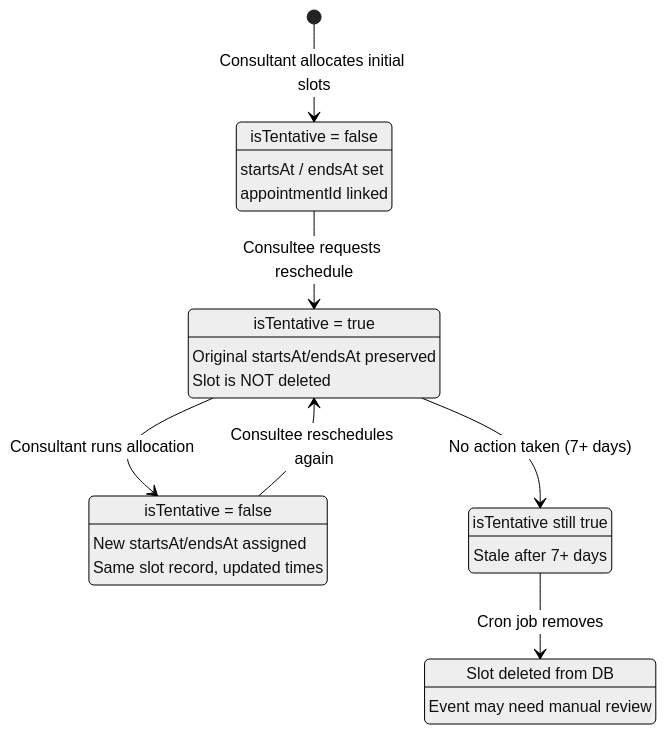
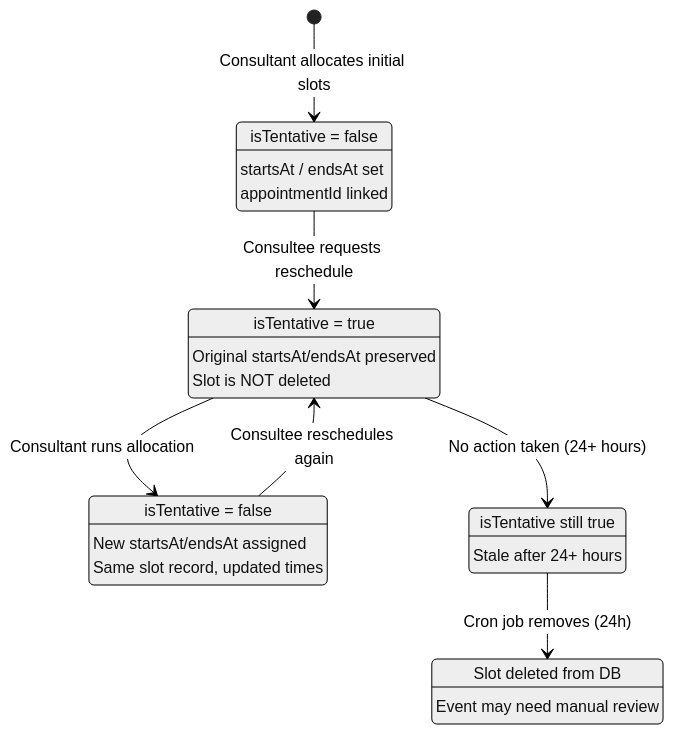
One commit to Practitionist/familiarise_web changed the ninth of 10 diagrams in docs/booking/07-rescheduling-flow.md. Above: the diagram before and after it, drawn with Mermaid (neutral theme). The commit also changed other lines of this file and 56 other files, not shown here.

````diff
--- a/docs/booking/07-rescheduling-flow.md
+++ b/docs/booking/07-rescheduling-flow.md
@@ -785,27 +785,27 @@
 ```mermaid
 stateDiagram-v2
     [*] --> Allocated: Consultant allocates initial slots
     Allocated: isTentative = false
     Allocated: startsAt / endsAt set
     Allocated: appointmentId linked
 
     Allocated --> Tentative: Consultee requests reschedule
     Tentative: isTentative = true
     Tentative: Original startsAt/endsAt preserved
     Tentative: Slot is NOT deleted
 
     Tentative --> ReAllocated: Consultant runs allocation
     ReAllocated: isTentative = false
     ReAllocated: New startsAt/endsAt assigned
     ReAllocated: Same slot record, updated times
 
-    Tentative --> Abandoned: No action taken (7+ days)
+    Tentative --> Abandoned: No action taken (24+ hours)
     Abandoned: isTentative still true
-    Abandoned: Stale after 7+ days
+    Abandoned: Stale after 24+ hours
 
-    Abandoned --> CleanedUp: Cron job removes
+    Abandoned --> CleanedUp: Cron job removes (24h)
     CleanedUp: Slot deleted from DB
     CleanedUp: Event may need manual review
 
     ReAllocated --> Tentative: Consultee reschedules again
 ```
````
